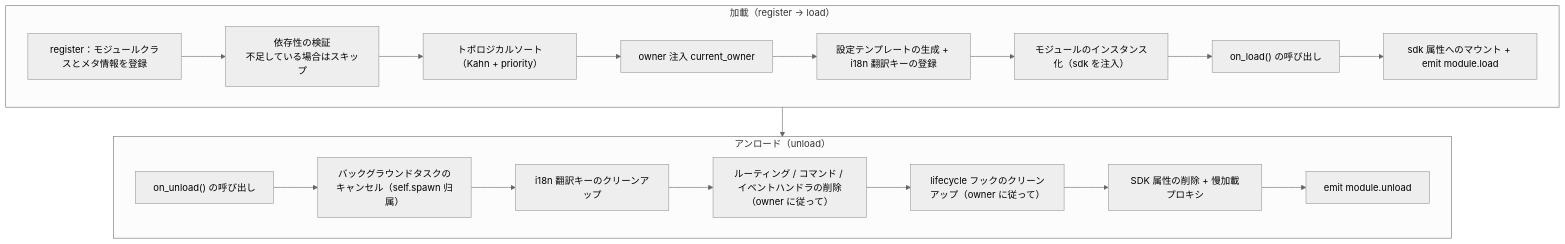
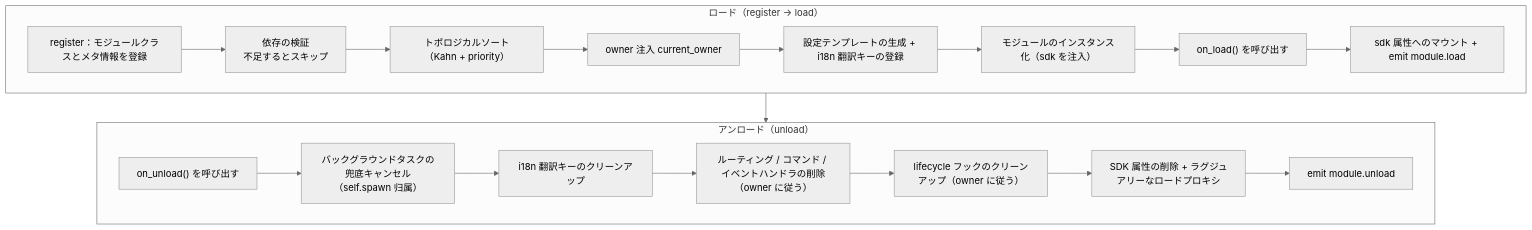
The diagram in docs/ja/developer-guide/modules/core-concepts.md (ErisPulse/ErisPulse), drawn with Mermaid (neutral theme) before and after one commit. The commit also changed other lines of this file and 828 other files, not shown here.

````diff
--- a/docs/ja/developer-guide/modules/core-concepts.md
+++ b/docs/ja/developer-guide/modules/core-concepts.md
@@ -111,23 +111,23 @@
 ```mermaid
 flowchart TD
-    subgraph Load["加載（register → load）"]
-        L1["register：モジュールクラスとメタ情報を登録"] --> L2["依存性の検証<br/>不足している場合はスキップ"]
+    subgraph Load["ロード（register → load）"]
+        L1["register：モジュールクラスとメタ情報を登録"] --> L2["依存の検証<br/>不足するとスキップ"]
         L2 --> L3["トポロジカルソート（Kahn + priority）"]
         L3 --> L4["owner 注入 current_owner"]
         L4 --> L5["設定テンプレートの生成 + i18n 翻訳キーの登録"]
         L5 --> L6["モジュールのインスタンス化（sdk を注入）"]
-        L6 --> L7["on_load() の呼び出し"]
+        L6 --> L7["on_load() を呼び出す"]
         L7 --> L8["sdk 属性へのマウント + emit module.load"]
     end
 
     subgraph Unload["アンロード（unload）"]
-        U1["on_unload() の呼び出し"] --> U2["バックグラウンドタスクのキャンセル（self.spawn 归属）"]
+        U1["on_unload() を呼び出す"] --> U2["バックグラウンドタスクの兜底キャンセル（self.spawn 归属）"]
         U2 --> U3["i18n 翻訳キーのクリーンアップ"]
-        U3 --> U4["ルーティング / コマンド / イベントハンドラの削除（owner に従って）"]
-        U4 --> U5["lifecycle フックのクリーンアップ（owner に従って）"]
-        U5 --> U6["SDK 属性の削除 + 慢加載プロキシ"]
+        U3 --> U4["ルーティング / コマンド / イベントハンドラの削除（owner に従う）"]
+        U4 --> U5["lifecycle フックのクリーンアップ（owner に従う）"]
+        U5 --> U6["SDK 属性の削除 + ラグジュアリーなロードプロキシ"]
         U6 --> U7["emit module.unload"]
     end
 
     Load --> Unload
 ```
````
